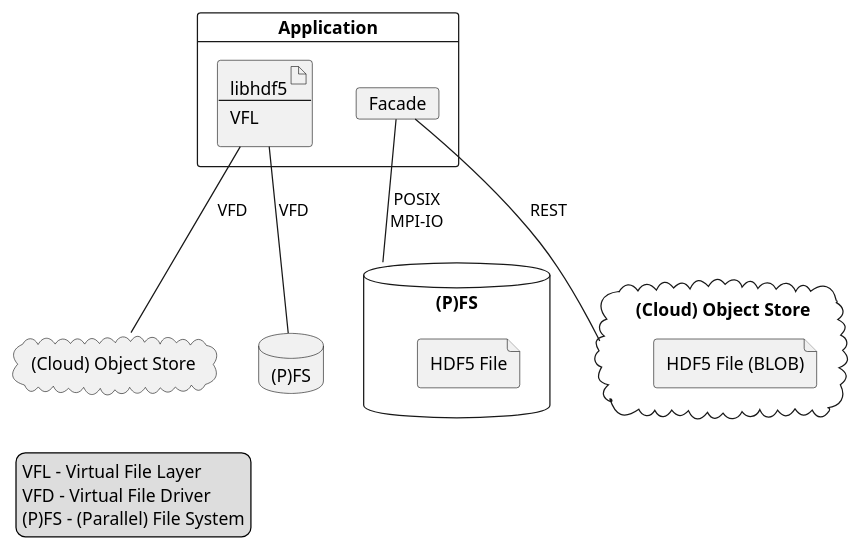
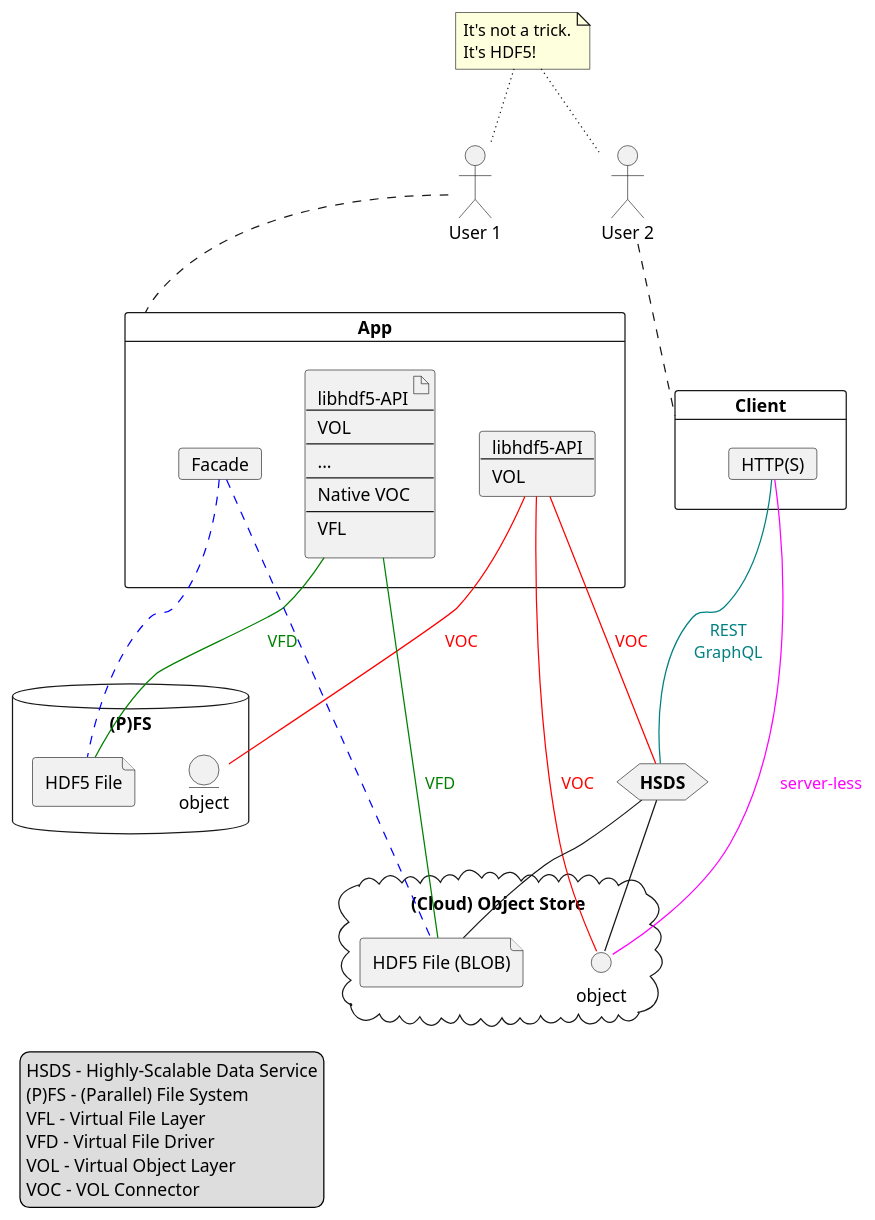
Before and after one commit to loricooperhdf/HDFGroup.github.io: the first of 3 diagrams in clinic/index.org, drawn with PlantUML. The commit also changed other lines of this file and 1 other file, not shown here.

```diff
--- a/clinic/index.org
+++ b/clinic/index.org
@@ -86,38 +28,74 @@
-#+begin_src plantuml :file ./img/file.png
+#+begin_src plantuml :exports both :file ./img/options.png
 @startuml
 
-card "Application" as app {
-    artifact cnx [
-    libhdf5
+note "It's not a trick.\nIt's HDF5!" as n1
+
+actor "User 1" as user1
+actor "User 2" as user2
+
+card "App" as app {
+    card cnx [
+    libhdf5-API
+    ----
+    VOL
+    ]
+    card "Facade" as pxy
+    artifact cnx1 [
+    libhdf5-API
+    ----
+    VOL
+    ----
+    ...
+    ----
+    Native VOC
     ----
     VFL
     ]
-    card "Facade" as pxy
-}
-together {
-    cloud "(Cloud) Object Store" as COS
-    database "(P)FS" as PFS
 }
 
-cnx -- PFS : "VFD"
-cnx -- COS : "VFD"
+card "Client" as app1 {
+    card "HTTP(S)" as pxy1
+}
 
+hexagon "<b>HSDS" as HSDS
 
-database "(P)FS" as PFS1 {
+database "(P)FS" as PFS {
+    entity "object" as object
     file "HDF5 File" as file
 }
-cloud "(Cloud) Object Store" as COS1 {
+cloud "(Cloud) Object Store" as COS {
+    interface "object" as object1
     file "HDF5 File (BLOB)" as file1
 }
 
-pxy -- PFS1 : "POSIX\nMPI-IO"
-pxy -- COS1 : "REST"
+n1 ~~ user1
+n1 ~~ user2
+user1 .. app
+user2 .. app1
+
+cnx -[#red]- object : <color:red>VOC
+cnx -[#red]- object1 : <color:red>VOC
+cnx -[#red]- HSDS : <color:red>VOC
+
+cnx1 -[#green]- file : <color:green>VFD
+cnx1 -[#green]- file1 : <color:green>VFD
+
+pxy .[#blue]. file
+pxy .[#blue]. file1
+
+pxy1 -[#magenta]- object1  : <color:magenta>server-less
+pxy1 -[#teal]- HSDS :<color:teal>REST\n<color:teal>GraphQL
+HSDS -- object1
+HSDS -- file1
 
 legend left
+    HSDS - Highly-Scalable Data Service
+    (P)FS - (Parallel) File System
     VFL - Virtual File Layer
     VFD - Virtual File Driver
-    (P)FS - (Parallel) File System
+    VOL - Virtual Object Layer
+    VOC - VOL Connector
 endlegend
 
 @enduml
 #+end_src
```
